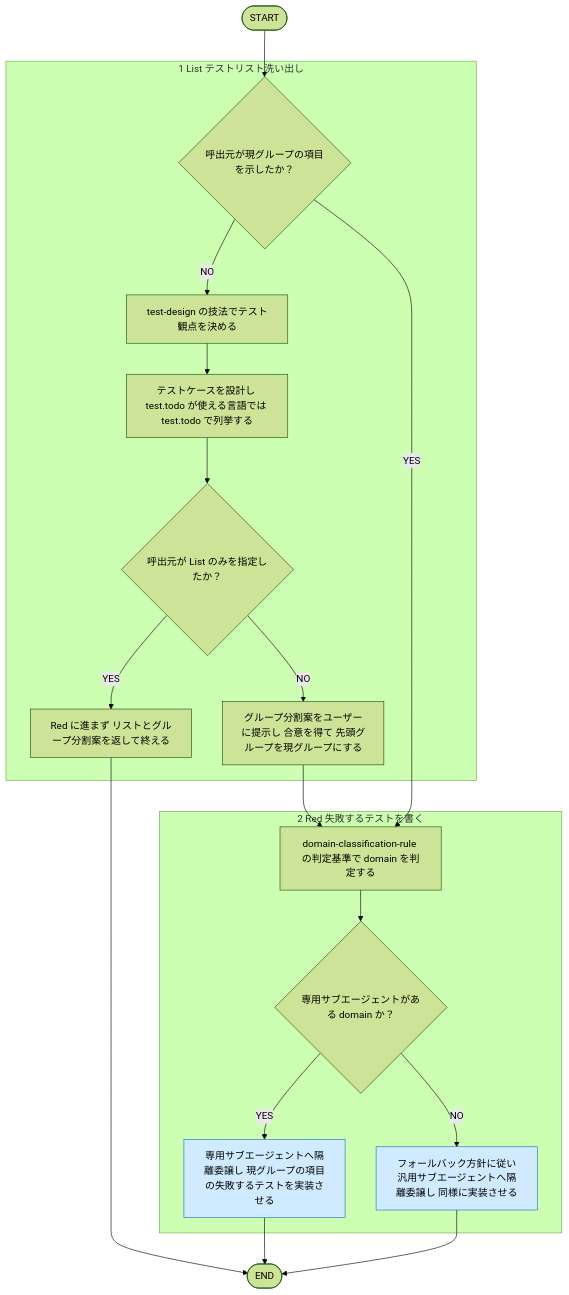
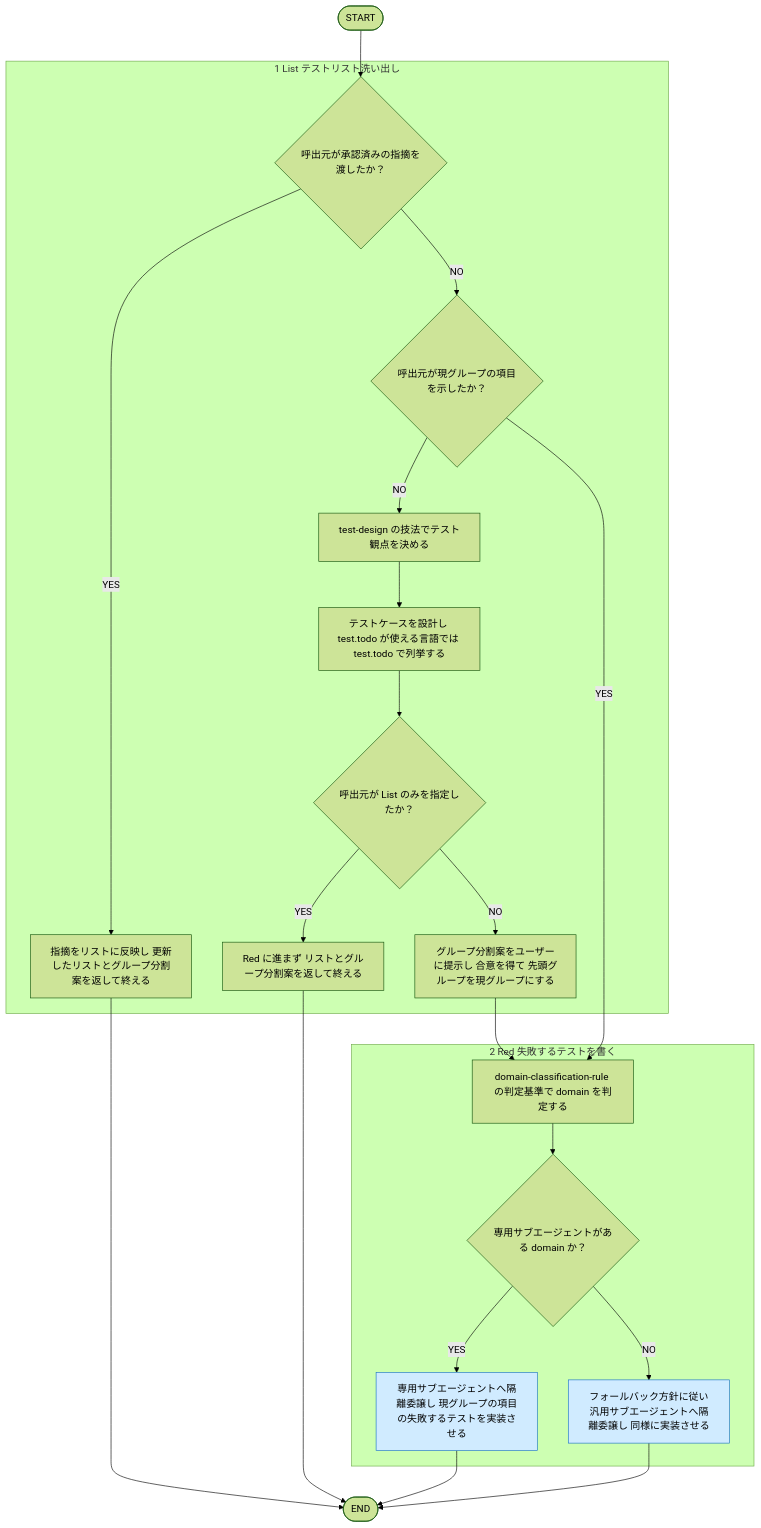
Before and after one commit to kokuto821/matagi: the diagram in plugins/matagi/skills/test-coding/SKILL.md, drawn with Mermaid (forest theme). The commit also changed other lines of this file and 4 other files, not shown here.

````diff
--- a/plugins/matagi/skills/test-coding/SKILL.md
+++ b/plugins/matagi/skills/test-coding/SKILL.md
@@ -30,39 +31,44 @@
 ```mermaid
 flowchart TD
     START(["START"])
     END(["END"])
 
     subgraph L1["1 List テストリスト洗い出し"]
+        S1o{"呼出元が承認済みの指摘を渡したか？"}
+        S1p["指摘をリストに反映し 更新したリストとグループ分割案を返して終える"]
         S1e{"呼出元が現グループの項目を示したか？"}
         S1a["test-design の技法でテスト観点を決める"]
         S1b["テストケースを設計し test.todo が使える言語では test.todo で列挙する"]
         S1c{"呼出元が List のみを指定したか？"}
         S1d["Red に進まず リストとグループ分割案を返して終える"]
         S1f["グループ分割案をユーザーに提示し 合意を得て 先頭グループを現グループにする"]
+        S1o -->|YES| S1p
+        S1o -->|NO| S1e
         S1e -->|NO| S1a
         S1a --> S1b
         S1b --> S1c
         S1c -->|YES| S1d
         S1c -->|NO| S1f
     end
 
     subgraph L2["2 Red 失敗するテストを書く"]
         S2a["domain-classification-rule の判定基準で domain を判定する"]
         S2b{"専用サブエージェントがある domain か？"}
         S2c["専用サブエージェントへ隔離委譲し 現グループの項目の失敗するテストを実装させる"]
         S2d["フォールバック方針に従い汎用サブエージェントへ隔離委譲し 同様に実装させる"]
         S2a --> S2b
         S2b -->|YES| S2c
         S2b -->|NO| S2d
     end
 
-    START --> S1e
+    START --> S1o
+    S1p --> END
     S1e -->|YES| S2a
     S1f --> S2a
     S1d --> END
     S2c --> END
     S2d --> END
 
     classDef delegate fill:#d0ebff,stroke:#1971c2,color:#000
     class S2c,S2d delegate
 ```
````
